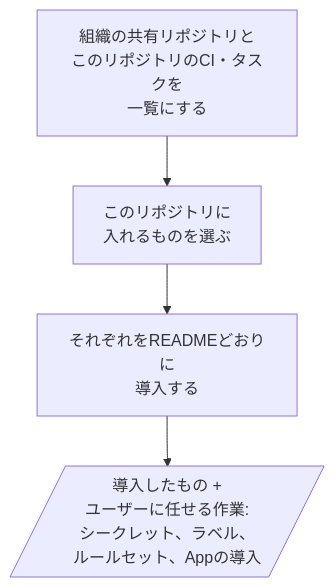
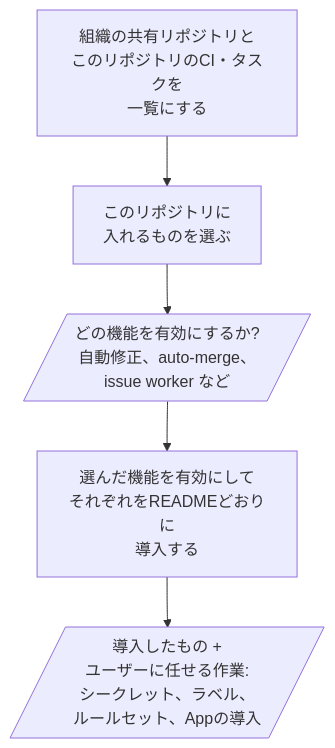
One commit to omni-stove/skill-kit changed the diagram in shared/skills/automation/README.ja.md. Above: the diagram before and after it, drawn with Mermaid. The commit also changed 2 other files, not shown here.

Commit message:
Have automation ask which features to turn on: install.sh leaves --fix (run-fix), --auto-merge and --issue-worker off unless named, and the README's example names none of them, so auto-fix went uninstalled; next.txt now asks the user in one question which of those to turn on, marking the ones already on, and is cut to one action per line without the reasons; the READMEs gain the question Co-Authored-By: Claude Opus 5.5 <noreply@anthropic.com> Claude-Session: https://claude.ai/code/session_0118w5k5oxgv4i7sy2CWCfED

````diff
--- a/shared/skills/automation/README.ja.md
+++ b/shared/skills/automation/README.ja.md
@@ -3,7 +3,8 @@
 ```mermaid
 flowchart TD
   list[組織の共有リポジトリと<br/>このリポジトリのCI・タスクを<br/>一覧にする]
   list --> pick[このリポジトリに<br/>入れるものを選ぶ]
-  pick --> install[それぞれをREADMEどおりに<br/>導入する]
+  pick --> ask[/"どの機能を有効にするか?<br/>自動修正、auto-merge、<br/>issue worker など"/]
+  ask --> install[選んだ機能を有効にして<br/>それぞれをREADMEどおりに<br/>導入する]
   install --> done[/"導入したもの +<br/>ユーザーに任せる作業:<br/>シークレット、ラベル、<br/>ルールセット、Appの導入"/]
 ```
````
